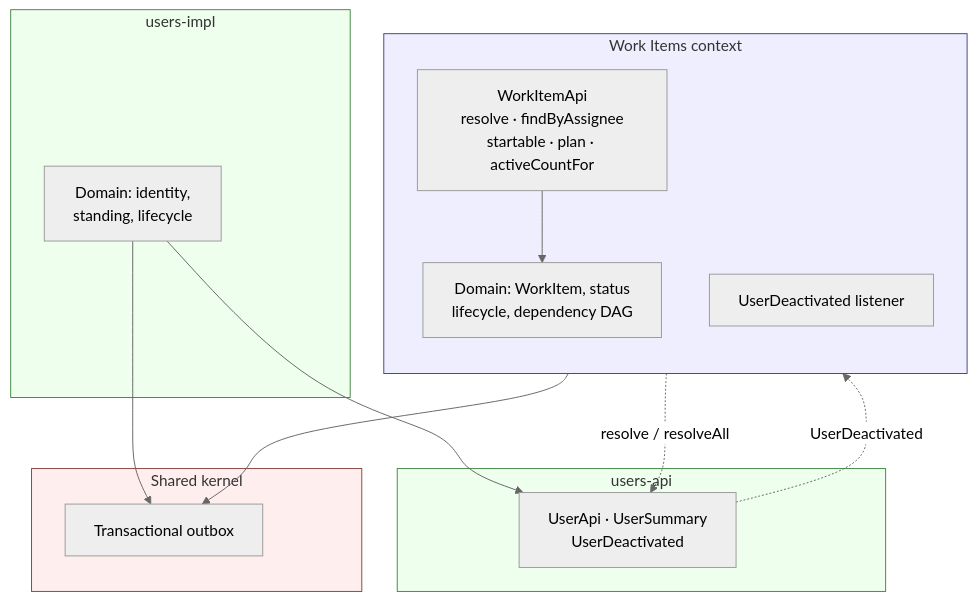
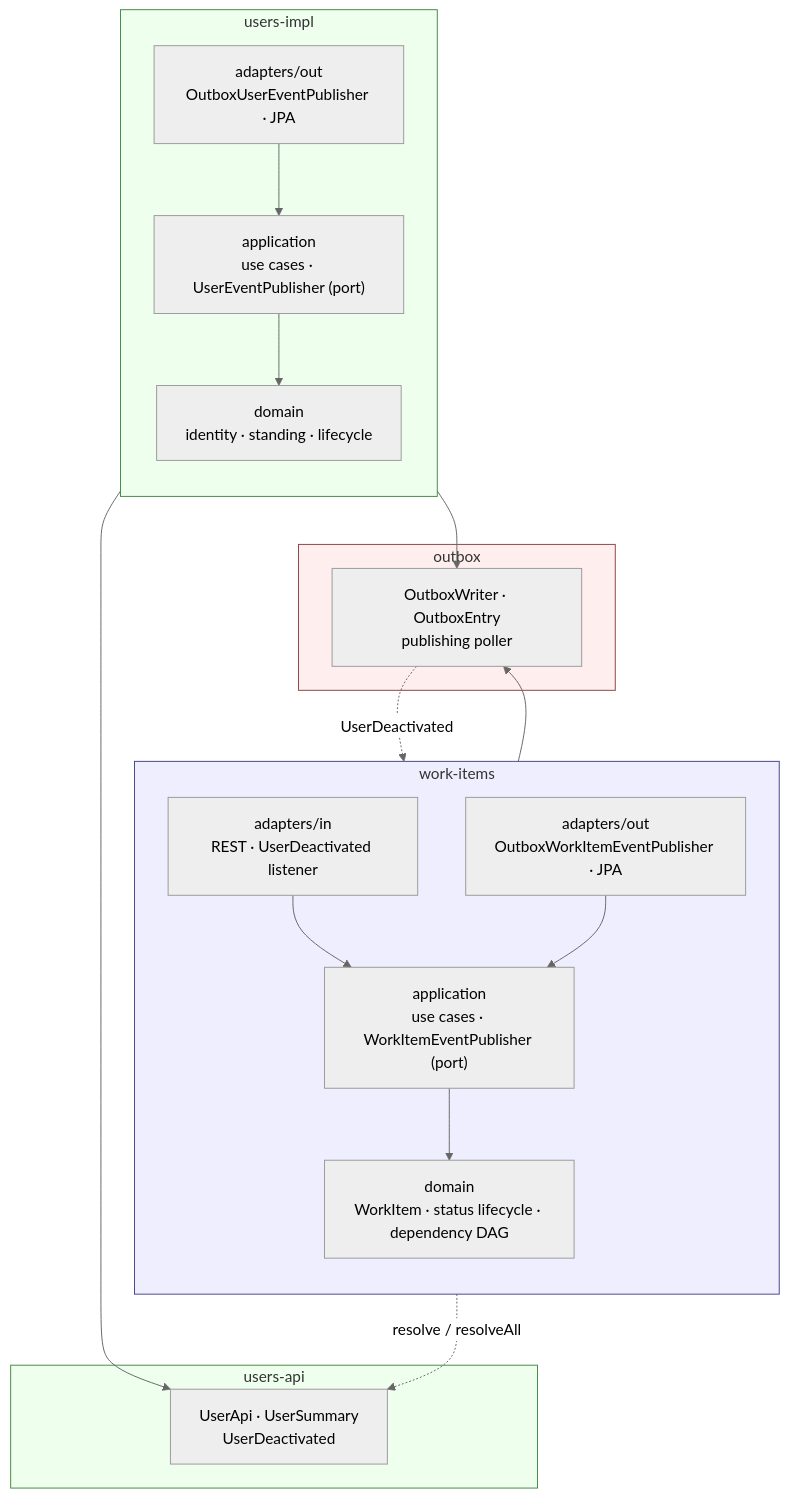
The diagram in README.md (a-gechev/work-item-service), drawn with Mermaid (neutral theme) before and after one commit. The commit also changed other lines of this file and 1 other file, not shown here.

Commit message:
Update README.md and not-doing.md

````diff
--- a/README.md
+++ b/README.md
@@ -24,33 +39,41 @@
 ```mermaid
 flowchart TB
-    subgraph WorkItems["Work Items context"]
+    subgraph WI["work-items"]
         direction TB
-        WI_API["WorkItemApi<br/>resolve · findByAssignee<br/>startable · plan · activeCountFor"]
-        WI_DOMAIN["Domain: WorkItem, status<br/>lifecycle, dependency DAG"]
-        WI_LISTENER["UserDeactivated listener"]
+        WI_IN["adapters/in<br/>REST · UserDeactivated listener"]
+        WI_APP["application<br/>use cases · WorkItemEventPublisher (port)"]
+        WI_DOM["domain<br/>WorkItem · status lifecycle · dependency DAG"]
+        WI_OUT["adapters/out<br/>OutboxWorkItemEventPublisher · JPA"]
     end
 
-    subgraph UsersApi["users-api"]
-        U_API["UserApi · UserSummary<br/>UserDeactivated"]
+    subgraph UI["users-impl"]
+        direction TB
+        U_APP["application<br/>use cases · UserEventPublisher (port)"]
+        U_DOM["domain<br/>identity · standing · lifecycle"]
+        U_OUT["adapters/out<br/>OutboxUserEventPublisher · JPA"]
     end
 
-    subgraph UsersImpl["users-impl"]
-        U_DOMAIN["Domain: identity,<br/>standing, lifecycle"]
+    subgraph UA["users-api"]
+        U_PUB["UserApi · UserSummary<br/>UserDeactivated"]
     end
 
-    subgraph Shared["Shared kernel"]
-        OUTBOX["Transactional outbox"]
+    subgraph OB["outbox"]
+        OB_W["OutboxWriter · OutboxEntry<br/>publishing poller"]
     end
 
-    WI_API --> WI_DOMAIN
-    U_DOMAIN --> U_API
-    WI_DOMAIN -. "resolve / resolveAll" .-> U_API
-    U_API -. "UserDeactivated" .-> WI_LISTENER
-    WI_DOMAIN --> OUTBOX
-    U_DOMAIN --> OUTBOX
+    WI_IN --> WI_APP
+    WI_APP --> WI_DOM
+    WI_OUT --> WI_APP
+    WI_OUT --> OB_W
+    U_APP --> U_DOM
+    U_OUT --> U_APP
+    U_OUT --> OB_W
+    U_DOM --> U_PUB
+    WI_APP -. "resolve / resolveAll" .-> U_PUB
+    OB_W -. "UserDeactivated" .-> WI_IN
 
-    style WorkItems fill:#eef,stroke:#448
-    style UsersApi fill:#efe,stroke:#484
-    style UsersImpl fill:#efe,stroke:#484
-    style Shared fill:#fee,stroke:#844
+    style WI fill:#eef,stroke:#448
+    style UA fill:#efe,stroke:#484
+    style UI fill:#efe,stroke:#484
+    style OB fill:#fee,stroke:#844
 ```
````
